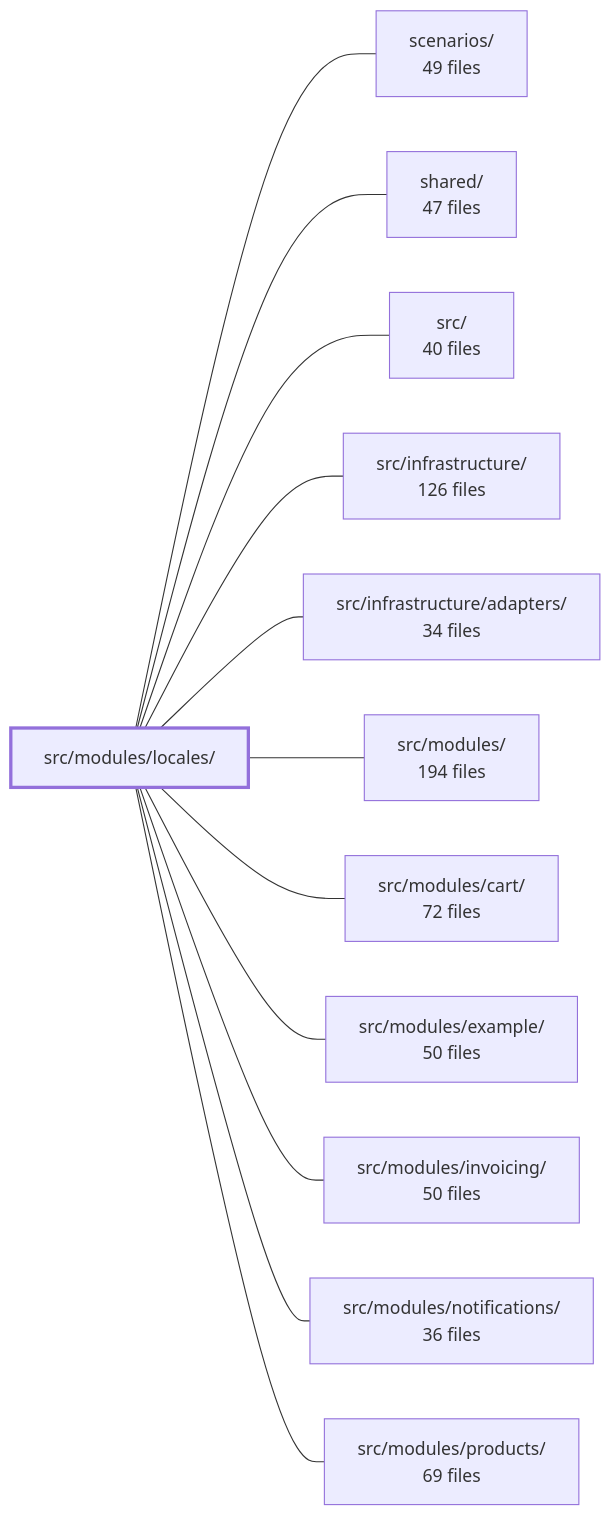
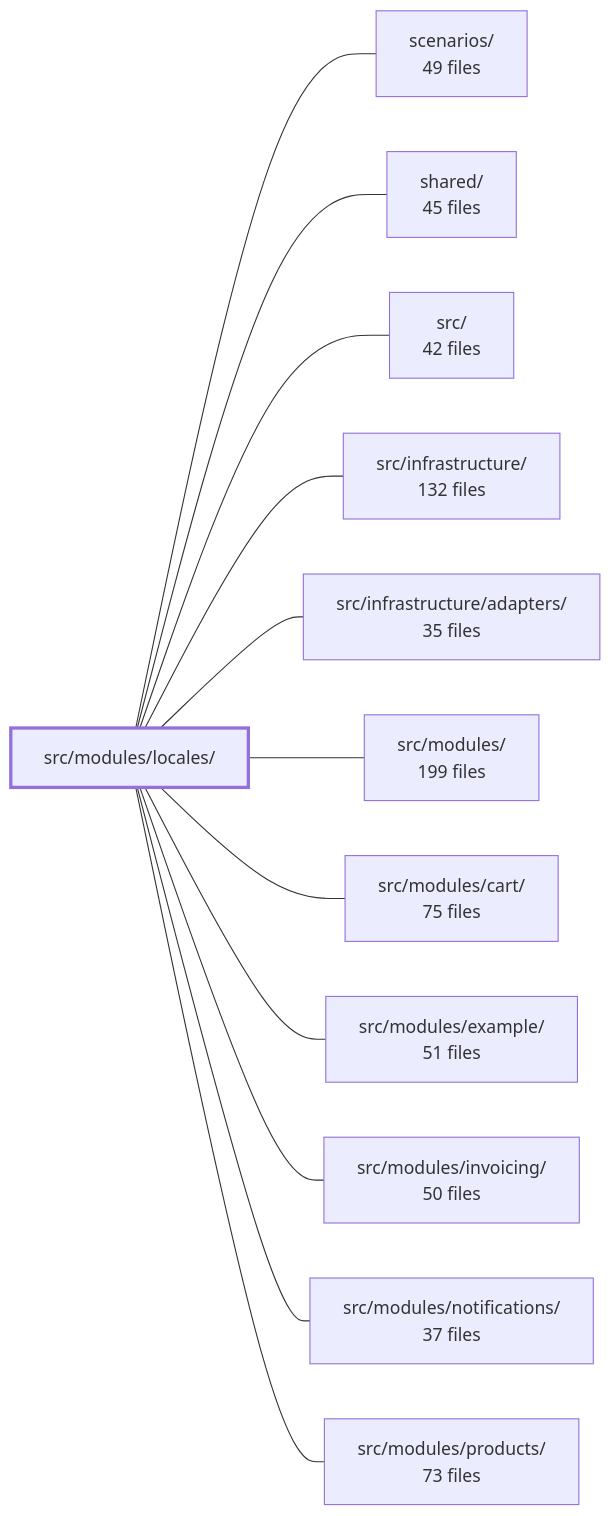
Before and after one commit to Guebbit/boilerplate-node-backend: the diagram in .2brain/modules/boilerplate-node-backend_src_modules_locales.md, drawn with Mermaid. The commit also changed other lines of this file and 1102 other files, not shown here.

````diff
--- a/.2brain/modules/boilerplate-node-backend_src_modules_locales.md
+++ b/.2brain/modules/boilerplate-node-backend_src_modules_locales.md
@@ -40,27 +41,27 @@
 ```mermaid
 flowchart LR
     m_src_modules_locales["src/modules/locales/"]
     m_scenarios["scenarios/<br/>49 files"]
-    m_shared["shared/<br/>47 files"]
-    m_src["src/<br/>40 files"]
-    m_src_infrastructure["src/infrastructure/<br/>126 files"]
-    m_src_infrastructure_adapters["src/infrastructure/adapters/<br/>34 files"]
-    m_src_modules["src/modules/<br/>194 files"]
-    m_src_modules_cart["src/modules/cart/<br/>72 files"]
-    m_src_modules_example["src/modules/example/<br/>50 files"]
+    m_shared["shared/<br/>45 files"]
+    m_src["src/<br/>42 files"]
+    m_src_infrastructure["src/infrastructure/<br/>132 files"]
+    m_src_infrastructure_adapters["src/infrastructure/adapters/<br/>35 files"]
+    m_src_modules["src/modules/<br/>199 files"]
+    m_src_modules_cart["src/modules/cart/<br/>75 files"]
+    m_src_modules_example["src/modules/example/<br/>51 files"]
     m_src_modules_invoicing["src/modules/invoicing/<br/>50 files"]
-    m_src_modules_notifications["src/modules/notifications/<br/>36 files"]
-    m_src_modules_products["src/modules/products/<br/>69 files"]
+    m_src_modules_notifications["src/modules/notifications/<br/>37 files"]
+    m_src_modules_products["src/modules/products/<br/>73 files"]
     m_src_modules_locales --- m_scenarios
     m_src_modules_locales --- m_shared
     m_src_modules_locales --- m_src
     m_src_modules_locales --- m_src_infrastructure
     m_src_modules_locales --- m_src_infrastructure_adapters
     m_src_modules_locales --- m_src_modules
     m_src_modules_locales --- m_src_modules_cart
     m_src_modules_locales --- m_src_modules_example
     m_src_modules_locales --- m_src_modules_invoicing
     m_src_modules_locales --- m_src_modules_notifications
     m_src_modules_locales --- m_src_modules_products
     style m_src_modules_locales stroke-width:3px
 ```
````
